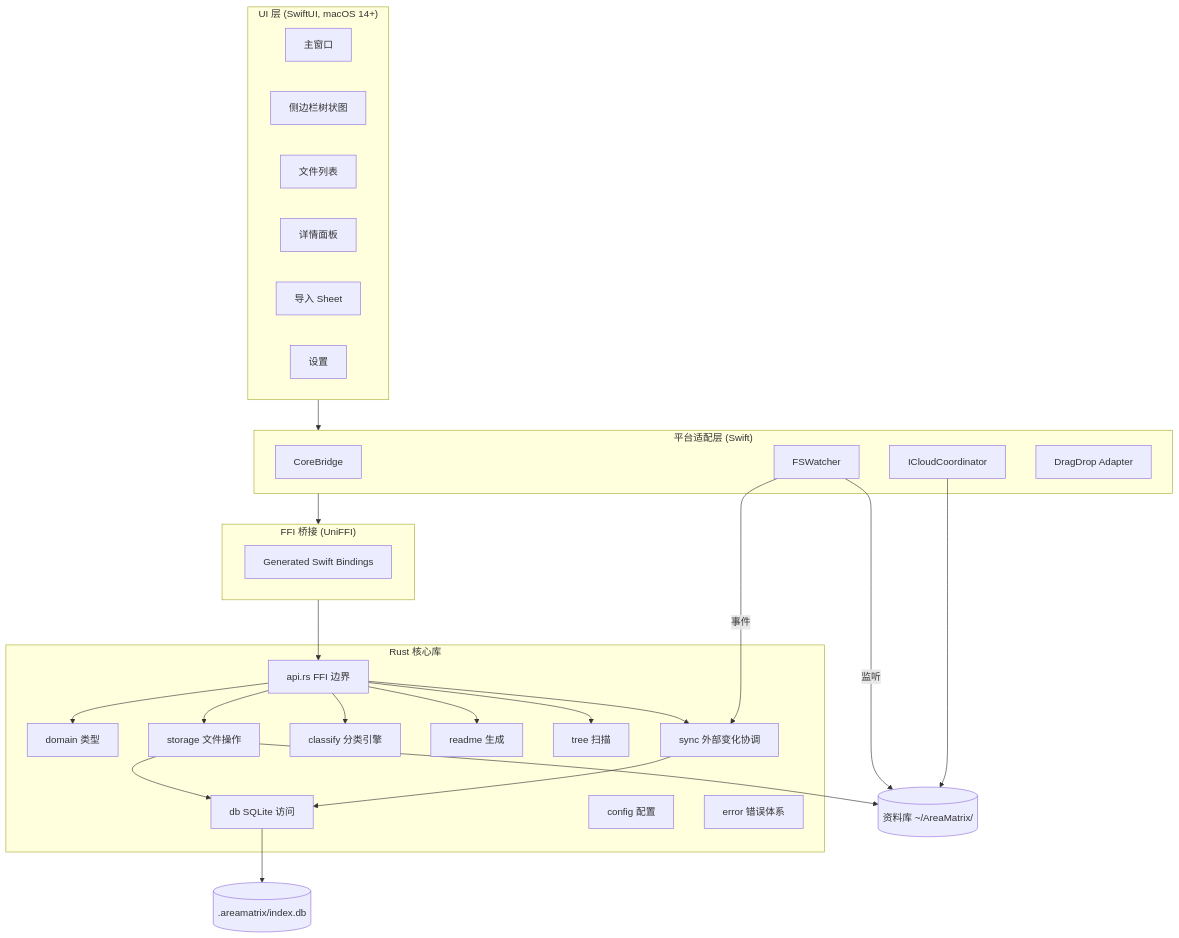
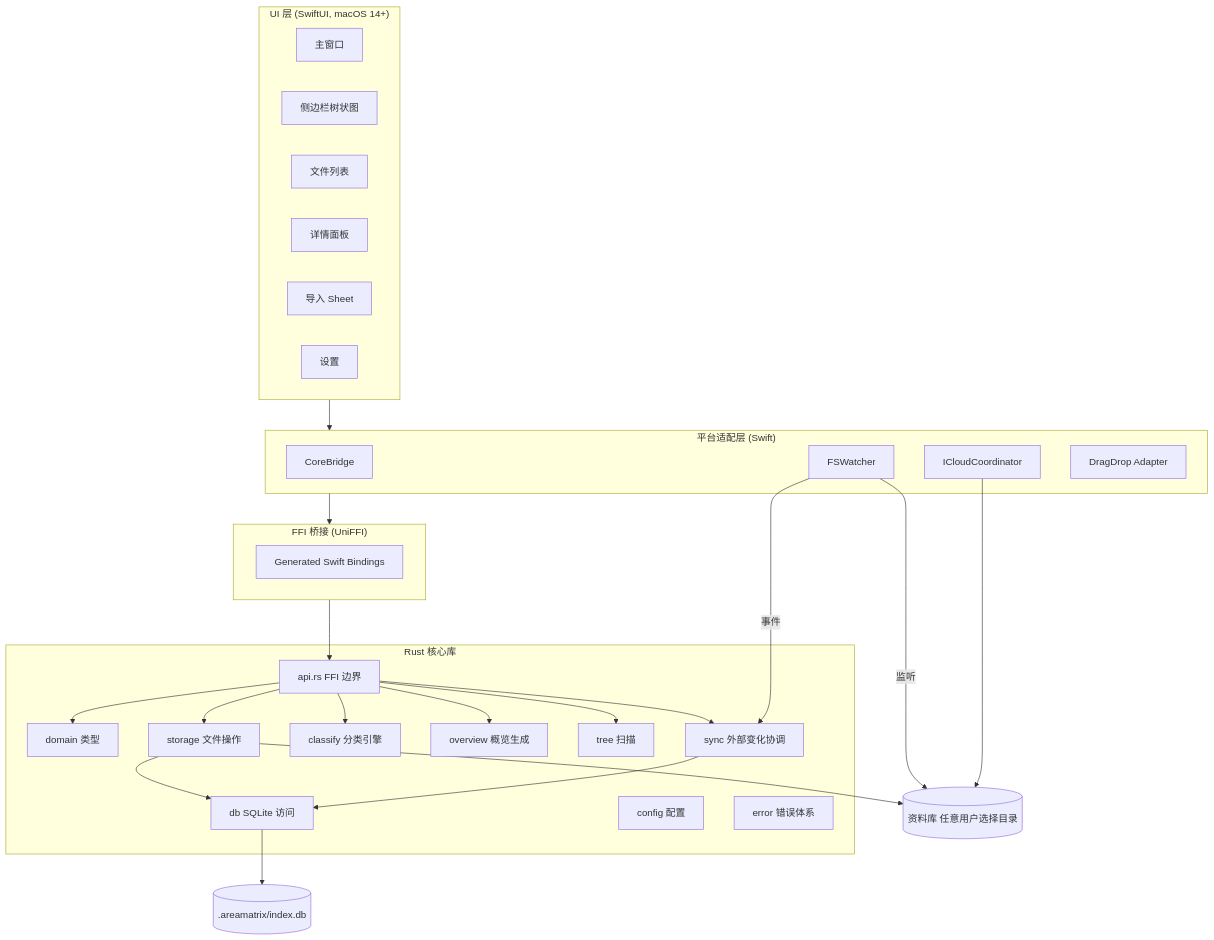
One commit to AreaSong/AreaMatrix changed the first of 3 diagrams in docs/architecture/overview.md. Above: the diagram before and after it, drawn with Mermaid. The commit also changed other lines of this file and 38 other files, not shown here.

````diff
--- a/docs/architecture/overview.md
+++ b/docs/architecture/overview.md
@@ -21,55 +21,55 @@
 ```mermaid
 flowchart TB
     subgraph UILayer ["UI 层 (SwiftUI, macOS 14+)"]
         Window[主窗口]
         Sidebar[侧边栏树状图]
         Table[文件列表]
         Detail[详情面板]
         Sheet[导入 Sheet]
         Settings[设置]
     end
 
     subgraph PlatformLayer ["平台适配层 (Swift)"]
         Bridge[CoreBridge]
         Watcher[FSWatcher]
         Coord[ICloudCoordinator]
         DragDrop[DragDrop Adapter]
     end
 
     subgraph FFILayer ["FFI 桥接 (UniFFI)"]
         Bindings[Generated Swift Bindings]
     end
 
     subgraph CoreLib ["Rust 核心库"]
         API[api.rs FFI 边界]
         Domain[domain 类型]
         Storage[storage 文件操作]
         Classify[classify 分类引擎]
-        Readme[readme 生成]
+        Overview[overview 概览生成]
         Tree[tree 扫描]
         Sync[sync 外部变化协调]
         DB[db SQLite 访问]
         Config[config 配置]
         Errors[error 错误体系]
     end
 
-    Repo[("资料库 ~/AreaMatrix/")]
+    Repo[("资料库 任意用户选择目录")]
     SQLite[(.areamatrix/index.db)]
 
     UILayer --> PlatformLayer
     PlatformLayer --> FFILayer
     FFILayer --> API
     API --> Domain
     API --> Storage
     API --> Classify
-    API --> Readme
+    API --> Overview
     API --> Tree
     API --> Sync
     Storage --> DB
     Storage --> Repo
     DB --> SQLite
     Watcher -->|监听| Repo
     Watcher -->|事件| Sync
     Sync --> DB
     Coord --> Repo
 ```
````
